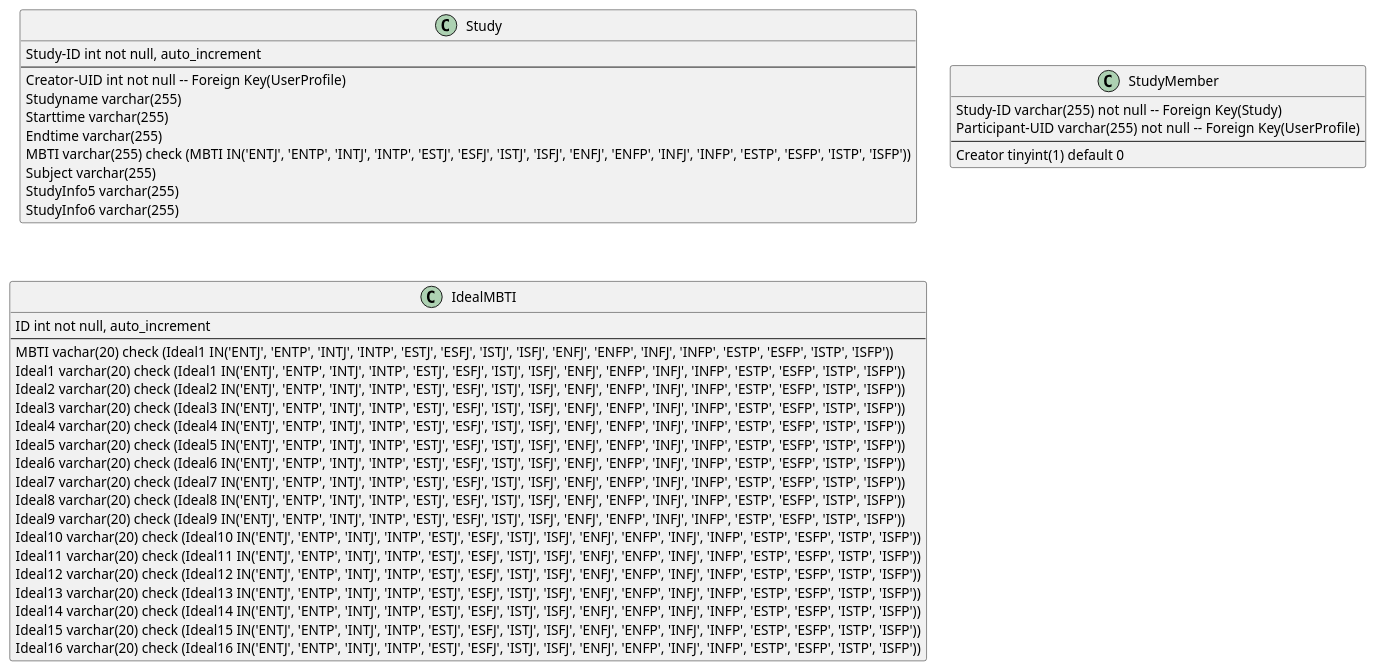
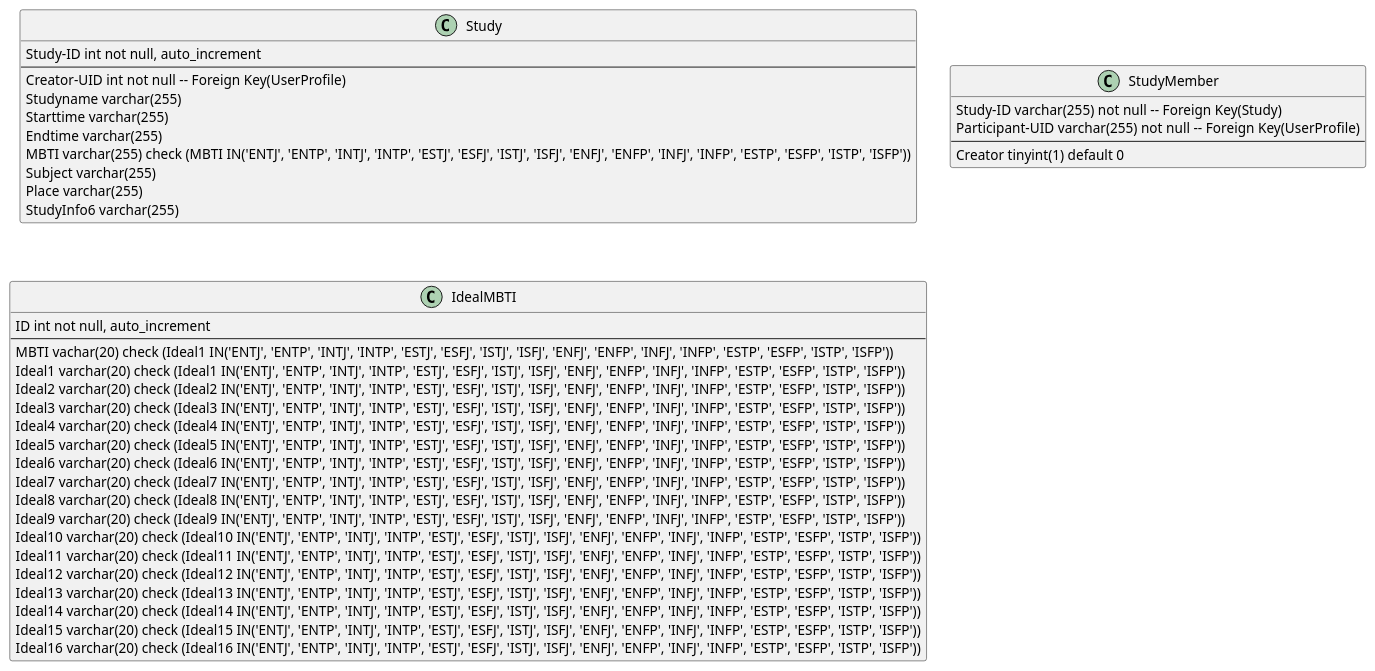
The diagram in database/database.plantuml (Char-Kong/mYting_API), drawn with PlantUML before and after one commit. The commit also changed 3 other files, not shown here.

```diff
--- a/database/database.plantuml
+++ b/database/database.plantuml
@@ -1,44 +1,44 @@
 @startuml database
 class Study {
     Study-ID int not null, auto_increment
     --
     Creator-UID int not null -- Foreign Key(UserProfile)
     Studyname varchar(255)
     Starttime varchar(255)
     Endtime varchar(255)
     MBTI varchar(255) check (MBTI IN('ENTJ', 'ENTP', 'INTJ', 'INTP', 'ESTJ', 'ESFJ', 'ISTJ', 'ISFJ', 'ENFJ', 'ENFP', 'INFJ', 'INFP', 'ESTP', 'ESFP', 'ISTP', 'ISFP'))
     Subject varchar(255)
-    StudyInfo5 varchar(255)
+    Place varchar(255)
     StudyInfo6 varchar(255)
 }
 
 class StudyMember {
     Study-ID varchar(255) not null -- Foreign Key(Study)
     Participant-UID varchar(255) not null -- Foreign Key(UserProfile)
     --
     Creator tinyint(1) default 0
 }
 
 class IdealMBTI {
     ID int not null, auto_increment
     --
     MBTI vachar(20) check (Ideal1 IN('ENTJ', 'ENTP', 'INTJ', 'INTP', 'ESTJ', 'ESFJ', 'ISTJ', 'ISFJ', 'ENFJ', 'ENFP', 'INFJ', 'INFP', 'ESTP', 'ESFP', 'ISTP', 'ISFP'))
     Ideal1 varchar(20) check (Ideal1 IN('ENTJ', 'ENTP', 'INTJ', 'INTP', 'ESTJ', 'ESFJ', 'ISTJ', 'ISFJ', 'ENFJ', 'ENFP', 'INFJ', 'INFP', 'ESTP', 'ESFP', 'ISTP', 'ISFP'))
     Ideal2 varchar(20) check (Ideal2 IN('ENTJ', 'ENTP', 'INTJ', 'INTP', 'ESTJ', 'ESFJ', 'ISTJ', 'ISFJ', 'ENFJ', 'ENFP', 'INFJ', 'INFP', 'ESTP', 'ESFP', 'ISTP', 'ISFP'))
     Ideal3 varchar(20) check (Ideal3 IN('ENTJ', 'ENTP', 'INTJ', 'INTP', 'ESTJ', 'ESFJ', 'ISTJ', 'ISFJ', 'ENFJ', 'ENFP', 'INFJ', 'INFP', 'ESTP', 'ESFP', 'ISTP', 'ISFP'))
     Ideal4 varchar(20) check (Ideal4 IN('ENTJ', 'ENTP', 'INTJ', 'INTP', 'ESTJ', 'ESFJ', 'ISTJ', 'ISFJ', 'ENFJ', 'ENFP', 'INFJ', 'INFP', 'ESTP', 'ESFP', 'ISTP', 'ISFP'))
     Ideal5 varchar(20) check (Ideal5 IN('ENTJ', 'ENTP', 'INTJ', 'INTP', 'ESTJ', 'ESFJ', 'ISTJ', 'ISFJ', 'ENFJ', 'ENFP', 'INFJ', 'INFP', 'ESTP', 'ESFP', 'ISTP', 'ISFP'))
     Ideal6 varchar(20) check (Ideal6 IN('ENTJ', 'ENTP', 'INTJ', 'INTP', 'ESTJ', 'ESFJ', 'ISTJ', 'ISFJ', 'ENFJ', 'ENFP', 'INFJ', 'INFP', 'ESTP', 'ESFP', 'ISTP', 'ISFP'))
     Ideal7 varchar(20) check (Ideal7 IN('ENTJ', 'ENTP', 'INTJ', 'INTP', 'ESTJ', 'ESFJ', 'ISTJ', 'ISFJ', 'ENFJ', 'ENFP', 'INFJ', 'INFP', 'ESTP', 'ESFP', 'ISTP', 'ISFP'))
     Ideal8 varchar(20) check (Ideal8 IN('ENTJ', 'ENTP', 'INTJ', 'INTP', 'ESTJ', 'ESFJ', 'ISTJ', 'ISFJ', 'ENFJ', 'ENFP', 'INFJ', 'INFP', 'ESTP', 'ESFP', 'ISTP', 'ISFP'))
     Ideal9 varchar(20) check (Ideal9 IN('ENTJ', 'ENTP', 'INTJ', 'INTP', 'ESTJ', 'ESFJ', 'ISTJ', 'ISFJ', 'ENFJ', 'ENFP', 'INFJ', 'INFP', 'ESTP', 'ESFP', 'ISTP', 'ISFP'))
     Ideal10 varchar(20) check (Ideal10 IN('ENTJ', 'ENTP', 'INTJ', 'INTP', 'ESTJ', 'ESFJ', 'ISTJ', 'ISFJ', 'ENFJ', 'ENFP', 'INFJ', 'INFP', 'ESTP', 'ESFP', 'ISTP', 'ISFP'))
     Ideal11 varchar(20) check (Ideal11 IN('ENTJ', 'ENTP', 'INTJ', 'INTP', 'ESTJ', 'ESFJ', 'ISTJ', 'ISFJ', 'ENFJ', 'ENFP', 'INFJ', 'INFP', 'ESTP', 'ESFP', 'ISTP', 'ISFP'))
     Ideal12 varchar(20) check (Ideal12 IN('ENTJ', 'ENTP', 'INTJ', 'INTP', 'ESTJ', 'ESFJ', 'ISTJ', 'ISFJ', 'ENFJ', 'ENFP', 'INFJ', 'INFP', 'ESTP', 'ESFP', 'ISTP', 'ISFP'))
     Ideal13 varchar(20) check (Ideal13 IN('ENTJ', 'ENTP', 'INTJ', 'INTP', 'ESTJ', 'ESFJ', 'ISTJ', 'ISFJ', 'ENFJ', 'ENFP', 'INFJ', 'INFP', 'ESTP', 'ESFP', 'ISTP', 'ISFP'))
     Ideal14 varchar(20) check (Ideal14 IN('ENTJ', 'ENTP', 'INTJ', 'INTP', 'ESTJ', 'ESFJ', 'ISTJ', 'ISFJ', 'ENFJ', 'ENFP', 'INFJ', 'INFP', 'ESTP', 'ESFP', 'ISTP', 'ISFP'))
     Ideal15 varchar(20) check (Ideal15 IN('ENTJ', 'ENTP', 'INTJ', 'INTP', 'ESTJ', 'ESFJ', 'ISTJ', 'ISFJ', 'ENFJ', 'ENFP', 'INFJ', 'INFP', 'ESTP', 'ESFP', 'ISTP', 'ISFP'))
     Ideal16 varchar(20) check (Ideal16 IN('ENTJ', 'ENTP', 'INTJ', 'INTP', 'ESTJ', 'ESFJ', 'ISTJ', 'ISFJ', 'ENFJ', 'ENFP', 'INFJ', 'INFP', 'ESTP', 'ESFP', 'ISTP', 'ISFP'))
 }
 
 @enduml
```
